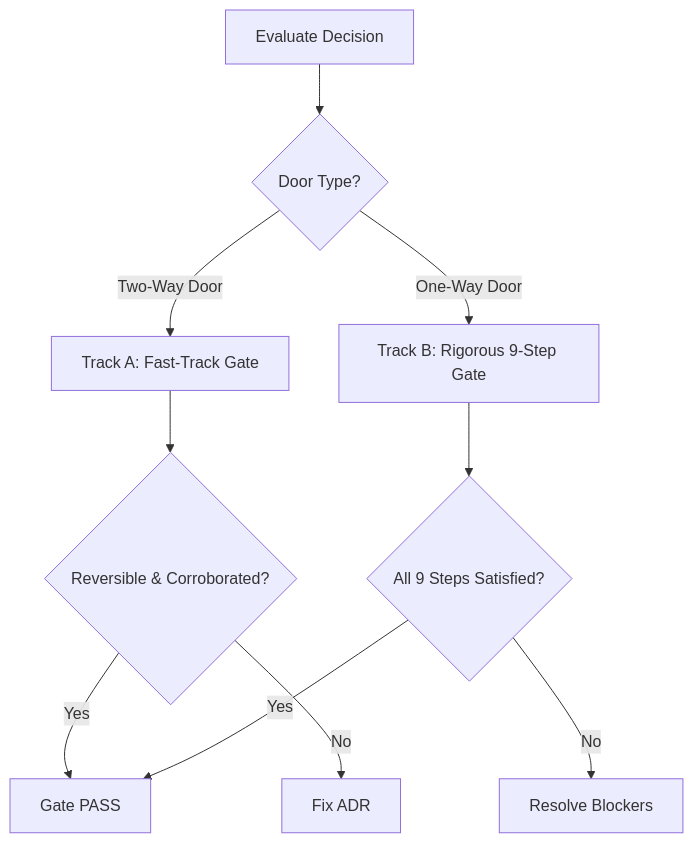
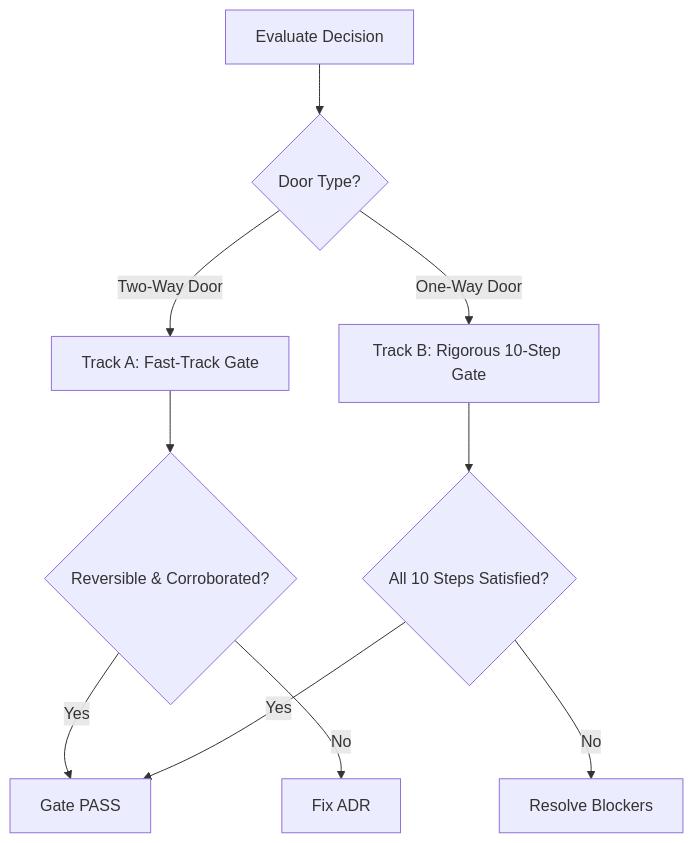
The second of 2 diagrams in docs/MANUAL-WORKFLOW.md (bhaskarjha-dev/vivechak), drawn with Mermaid before and after one commit. The commit also changed other lines of this file and 31 other files, not shown here.

````diff
--- a/docs/MANUAL-WORKFLOW.md
+++ b/docs/MANUAL-WORKFLOW.md
@@ -294,12 +294,12 @@
 ```mermaid
 flowchart TD
     D[Evaluate Decision] --> Check{Door Type?}
     Check -->|Two-Way Door| TrackA[Track A: Fast-Track Gate]
-    Check -->|One-Way Door| TrackB[Track B: Rigorous 9-Step Gate]
+    Check -->|One-Way Door| TrackB[Track B: Rigorous 10-Step Gate]
     TrackA --> PassA{Reversible & Corroborated?}
     PassA -->|Yes| GatePass[Gate PASS]
     PassA -->|No| FixA[Fix ADR]
-    TrackB --> PassB{All 9 Steps Satisfied?}
+    TrackB --> PassB{All 10 Steps Satisfied?}
     PassB -->|Yes| GatePass
     PassB -->|No| FixB[Resolve Blockers]
 ```
````
